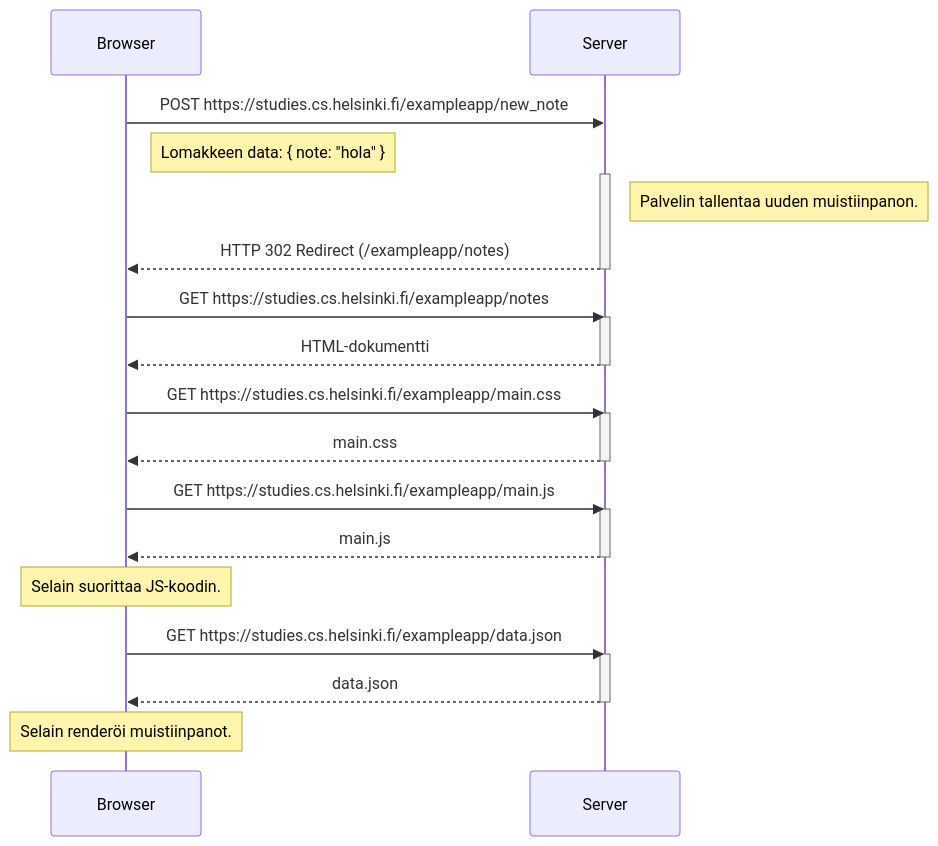
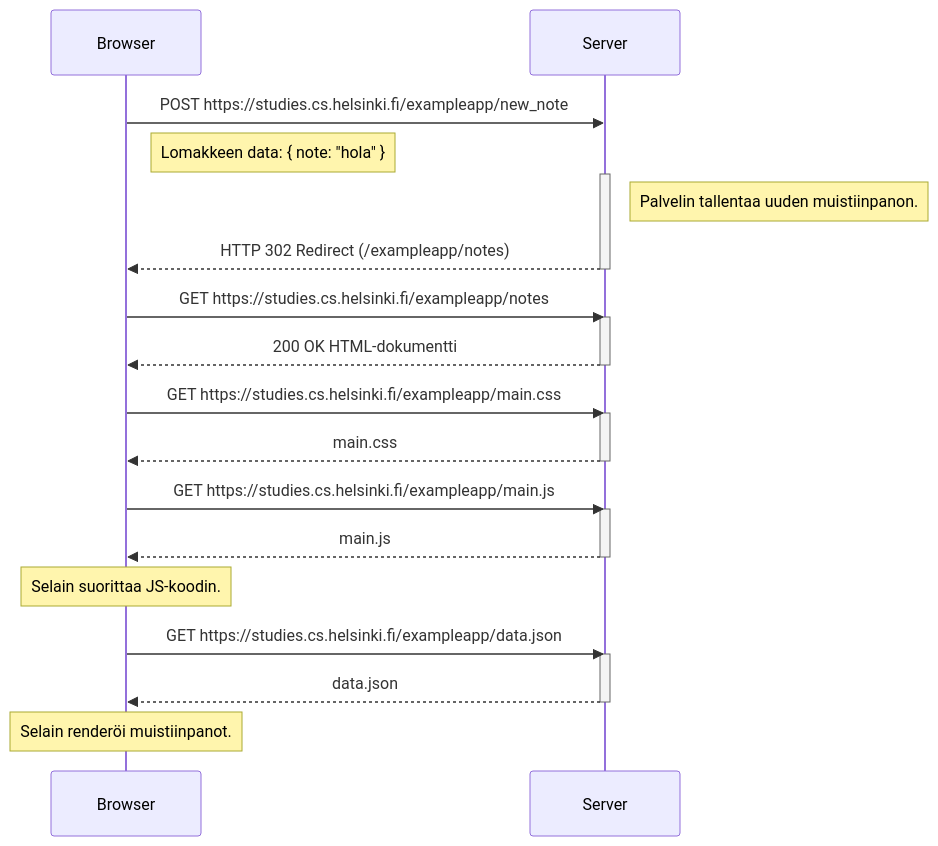
Before and after one commit to Jyrsinho/fullstackopen: the diagram in osa0/sekvenssikaavio1.md, drawn with Mermaid. The commit also changed other lines of this file and 1 other file, not shown here.

Commit message:
sekvenssikaavio2.md GET request SPA- sivulle

````diff
--- a/osa0/sekvenssikaavio1.md
+++ b/osa0/sekvenssikaavio1.md
@@ -1,37 +3,37 @@
 ```mermaid 
 sequenceDiagram
     participant Browser
     participant Server
 
     Browser->>Server: POST https://studies.cs.helsinki.fi/exampleapp/new_note
     Note right of Browser: Lomakkeen data: { note: "hola" }
 
     activate Server
     Note right of Server: Palvelin tallentaa uuden muistiinpanon.
     Server-->>Browser: HTTP 302 Redirect (/exampleapp/notes)
     deactivate Server
 
     Browser->>Server: GET https://studies.cs.helsinki.fi/exampleapp/notes
     activate Server
-    Server-->>Browser: HTML-dokumentti
+    Server-->>Browser: 200 OK HTML-dokumentti
     deactivate Server
 
     Browser->>Server: GET https://studies.cs.helsinki.fi/exampleapp/main.css
     activate Server
     Server-->>Browser: main.css
     deactivate Server
 
     Browser->>Server: GET https://studies.cs.helsinki.fi/exampleapp/main.js
     activate Server
     Server-->>Browser: main.js
     deactivate Server
 
     Note over Browser: Selain suorittaa JS-koodin.
 
     Browser->>Server: GET https://studies.cs.helsinki.fi/exampleapp/data.json
     activate Server
     Server-->>Browser: data.json
     deactivate Server
 
     Note over Browser: Selain renderöi muistiinpanot.
 ```
````
